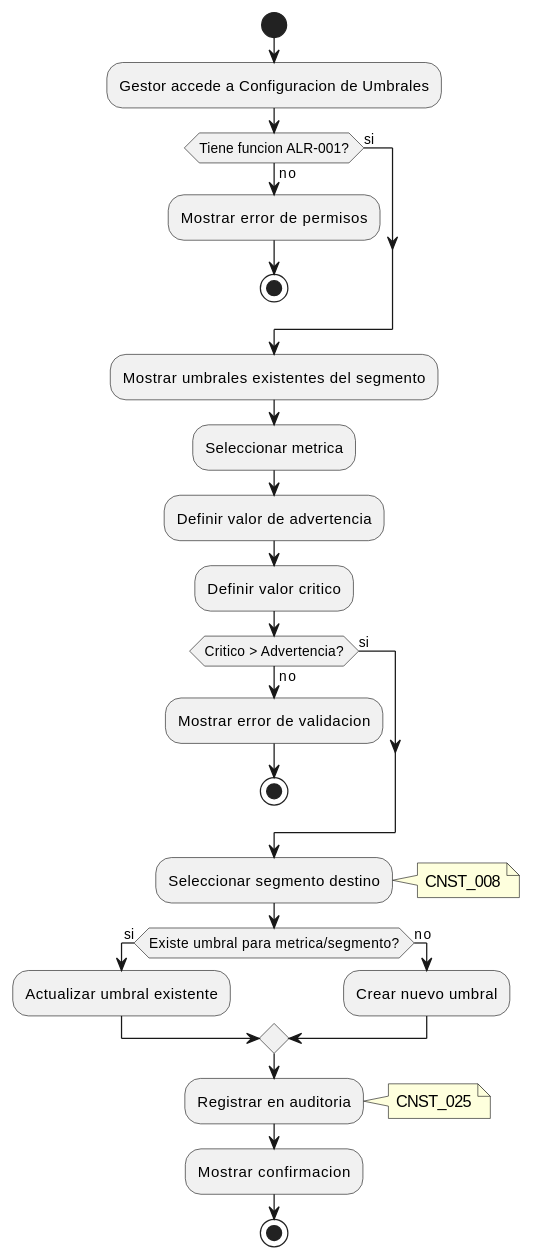
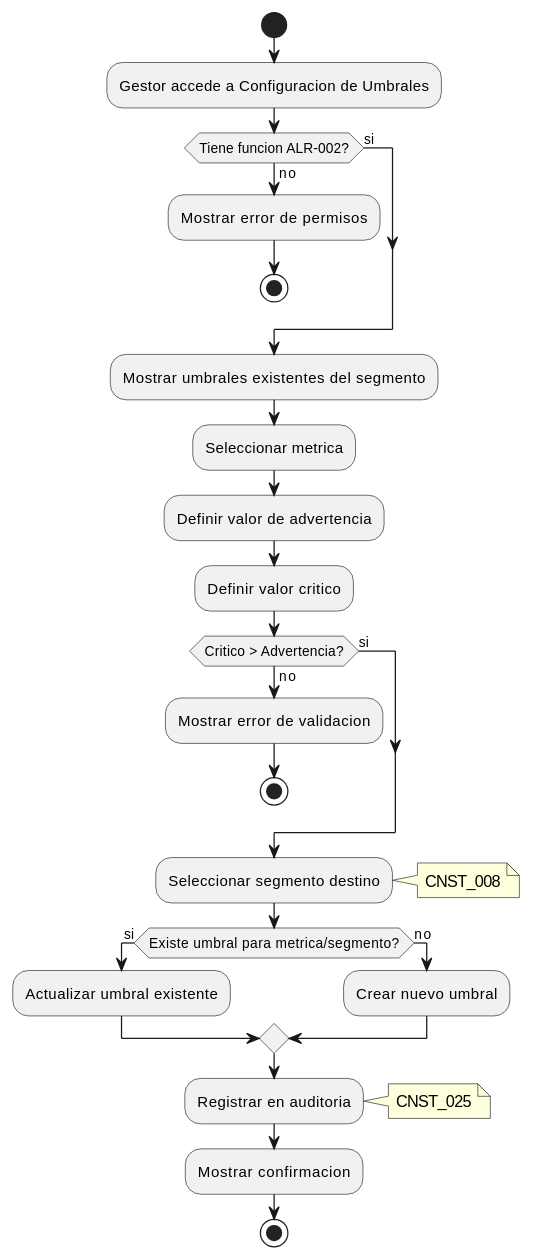
Before and after one commit to jcg-admin/IACT-docs: the third of 3 diagrams in source/requisitos/casos-uso/alerts/uc-alr-01-configurar-umbrales.rst, drawn with PlantUML. The commit also changed other lines of this file and 8 other files, not shown here.

```diff
--- a/source/requisitos/casos-uso/alerts/uc-alr-01-configurar-umbrales.rst
+++ b/source/requisitos/casos-uso/alerts/uc-alr-01-configurar-umbrales.rst
@@ -357,43 +357,43 @@
 .. uml::
  :caption: Diagrama de Actividad - UC_ALR_01
 
  @startuml
  start
  :Gestor accede a Configuracion de Umbrales;
 
- if (Tiene funcion ALR-001?) then (no)
+ if (Tiene funcion ALR-002?) then (no)
  :Mostrar error de permisos;
  stop
  else (si)
  endif
 
  :Mostrar umbrales existentes del segmento;
 
  :Seleccionar metrica;
 
  :Definir valor de advertencia;
 
  :Definir valor critico;
 
  if (Critico > Advertencia?) then (no)
  :Mostrar error de validacion;
  stop
  else (si)
  endif
 
  :Seleccionar segmento destino;
  note right: CNST_008
 
  if (Existe umbral para metrica/segmento?) then (si)
  :Actualizar umbral existente;
  else (no)
  :Crear nuevo umbral;
  endif
 
  :Registrar en auditoria;
  note right: CNST_025
 
  :Mostrar confirmacion;
 
  stop
  @enduml
```
